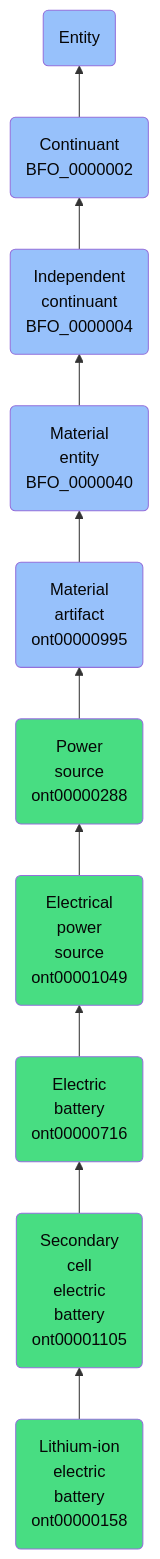
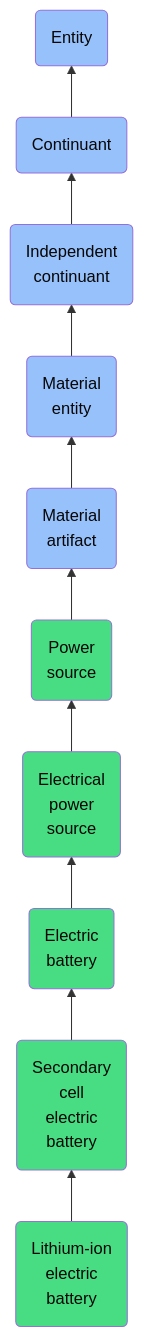
One commit to jupyter-naas/abi changed the diagram in docs/ontology/reference/model/Entity/Continuant/Independent continuant/Material entity/Material artifact/Power source/Electrical power source/Electric battery/Secondary cell electric battery/Lithium-ion electric battery/Lithium-ion electric battery.md. Above: the diagram before and after it, drawn with Mermaid. The commit also changed other lines of this file and 1430 other files, not shown here.

````diff
--- a/docs/ontology/reference/model/Entity/Continuant/Independent continuant/Material entity/Material artifact/Power source/Electrical power source/Electric battery/Secondary cell electric battery/Lithium-ion electric battery/Lithium-ion electric battery.md
+++ b/docs/ontology/reference/model/Entity/Continuant/Independent continuant/Material entity/Material artifact/Power source/Electrical power source/Electric battery/Secondary cell electric battery/Lithium-ion electric battery/Lithium-ion electric battery.md
@@ -24,17 +24,17 @@
 ```mermaid
 graph BT
-    ont00000158(Lithium-ion<br>electric<br>battery<br>ont00000158):::ABI-->ont00001105
-    ont00001105(Secondary<br>cell<br>electric<br>battery<br>ont00001105):::ABI-->ont00000716
-    ont00000716(Electric<br>battery<br>ont00000716):::ABI-->ont00001049
-    ont00001049(Electrical<br>power<br>source<br>ont00001049):::ABI-->ont00000288
-    ont00000288(Power<br>source<br>ont00000288):::ABI-->ont00000995
-    ont00000995(Material<br>artifact<br>ont00000995):::BFO-->BFO_0000040
-    BFO_0000040(Material<br>entity<br>BFO_0000040):::BFO-->BFO_0000004
-    BFO_0000004(Independent<br>continuant<br>BFO_0000004):::BFO-->BFO_0000002
-    BFO_0000002(Continuant<br>BFO_0000002):::BFO-->BFO_0000001
+    ont00000158(Lithium-ion<br>electric<br>battery):::ABI-->ont00001105
+    ont00001105(Secondary<br>cell<br>electric<br>battery):::ABI-->ont00000716
+    ont00000716(Electric<br>battery):::ABI-->ont00001049
+    ont00001049(Electrical<br>power<br>source):::ABI-->ont00000288
+    ont00000288(Power<br>source):::ABI-->ont00000995
+    ont00000995(Material<br>artifact):::BFO-->BFO_0000040
+    BFO_0000040(Material<br>entity):::BFO-->BFO_0000004
+    BFO_0000004(Independent<br>continuant):::BFO-->BFO_0000002
+    BFO_0000002(Continuant):::BFO-->BFO_0000001
     BFO_0000001(Entity):::BFO
     
     classDef BFO fill:#97c1fb,color:#060606
     classDef CCO fill:#e4c51e,color:#060606
     classDef ABI fill:#48DD82,color:#060606
 ```
````
